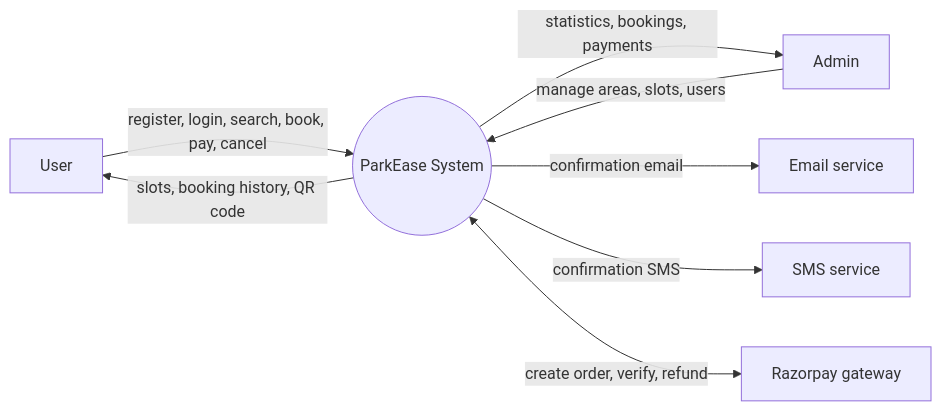
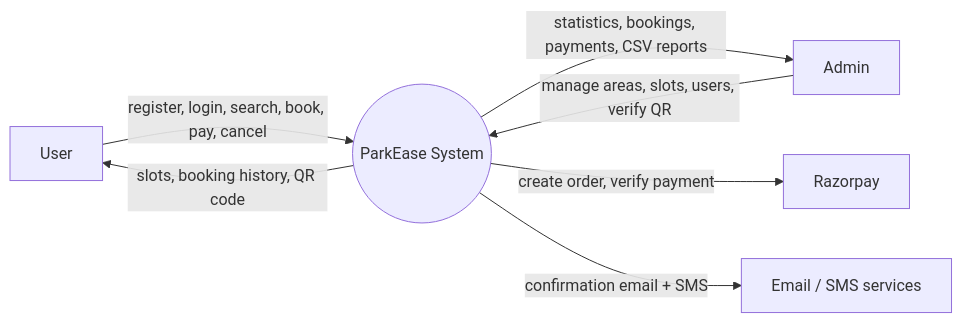
The third of 8 diagrams in parkease/README.md (krushna1845/parkease), drawn with Mermaid before and after one commit. The commit also changed other lines of this file, not shown here.

````diff
--- a/parkease/README.md
+++ b/parkease/README.md
@@ -67,10 +69,9 @@
 ```mermaid
 flowchart LR
   U[User] -->|register, login, search, book, pay, cancel| S((ParkEase System))
   S -->|slots, booking history, QR code| U
-  A[Admin] -->|manage areas, slots, users| S
-  S -->|statistics, bookings, payments| A
-  S -->|confirmation email| E[Email service]
-  S -->|confirmation SMS| T[SMS service]
-  S <-->|create order, verify, refund| G[Razorpay gateway]
+  A[Admin] -->|manage areas, slots, users, verify QR| S
+  S -->|statistics, bookings, payments, CSV reports| A
+  S -->|create order, verify payment| G[Razorpay]
+  S -->|confirmation email + SMS| N[Email / SMS services]
 ```
````
